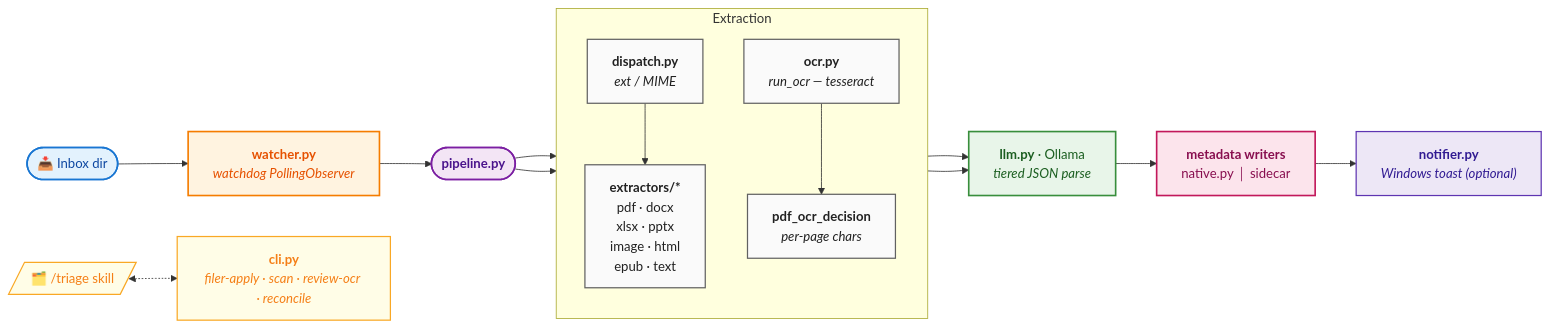
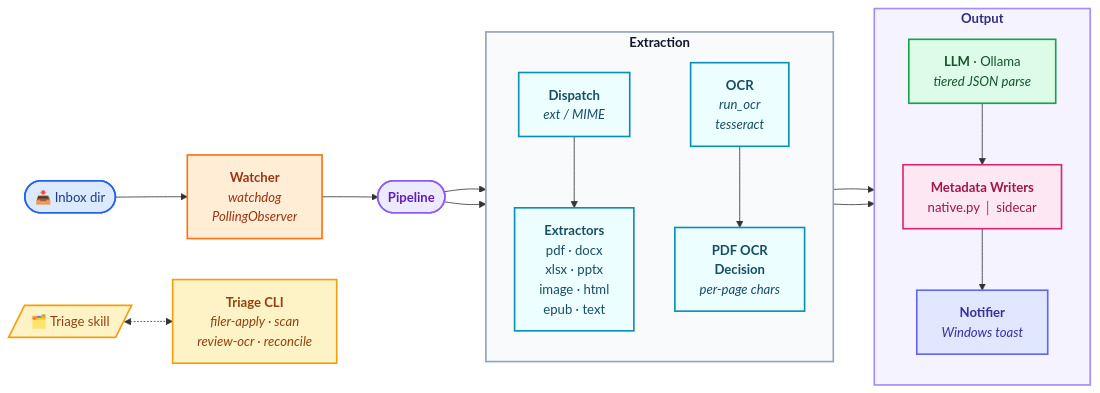
The diagram in architecture.md (talraveh1/automafile), drawn with Mermaid before and after one commit. The commit also changed other lines of this file and 10 other files, not shown here.

````diff
--- a/architecture.md
+++ b/architecture.md
@@ -3,36 +3,42 @@
 ```mermaid
 flowchart LR
-    inbox(["📥 Inbox dir"]):::source
-    watcher["<b>watcher.py</b><br/><i>watchdog PollingObserver</i>"]:::watch
-    pipeline(["<b>pipeline.py</b>"]):::core
+   inbox(["📥 Inbox dir"]):::source
+   watcher["<b>Watcher</b><br/><i>watchdog<br/>PollingObserver</i>"]:::watch
+   pipeline(["<b>Pipeline</b>"]):::core
 
-    subgraph extract ["Extraction"]
-        direction TB
-        dispatch["<b>dispatch.py</b><br/><i>ext / MIME</i>"]:::stage
-        extractors["<b>extractors/*</b><br/>pdf · docx<br/>xlsx · pptx<br/>image · html<br/>epub · text"]:::stage
-        ocr["<b>ocr.py</b><br/><i>run_ocr — tesseract</i>"]:::stage
-        ocr_decision["<b>pdf_ocr_decision</b><br/><i>per-page chars</i>"]:::stage
-    end
+   subgraph extract ["<b>Extraction</b>"]
+      direction TB
+      dispatch["<b>Dispatch</b><br/><i>ext / MIME</i>"]:::stage
+      extractors["<b>Extractors</b><br/>pdf · docx<br/>xlsx · pptx<br/>image · html<br/>epub · text"]:::stage
+      ocr["<b>OCR</b><br/><i>run_ocr<br/>tesseract</i>"]:::stage
+      ocr_decision["<b>PDF OCR<br/>Decision</b><br/><i>per-page chars</i>"]:::stage
+   end
 
-    llm["<b>llm.py</b> · Ollama<br/><i>tiered JSON parse</i>"]:::ai
-    writers["<b>metadata writers</b><br/>native.py │ sidecar"]:::write
-    notifier["<b>notifier.py</b><br/><i>Windows toast (optional)</i>"]:::notify
+   subgraph output ["<b>Output</b>"]
+      direction TB
+      llm["<b>LLM</b> · Ollama<br/><i>tiered JSON parse</i>"]:::ai
+      writers["<b>Metadata Writers</b><br/>native.py │ sidecar"]:::write
+      notifier["<b>Notifier</b><br/><i>Windows toast</i>"]:::notify
+      writers --> notifier
+   end
 
-    cli["<b>cli.py</b><br/><i>filer-apply · scan · review-ocr · reconcile</i>"]:::tool
-    triage[/"🗂️ /triage skill"/]:::tool
+   cli["<b>Triage CLI</b><br/><i>filer-apply · scan<br/>review-ocr · reconcile</i>"]:::tool
+   triage[/"🗂️ Triage skill"/]:::tool
 
-    inbox --> watcher --> pipeline
-    pipeline --> dispatch --> extractors --> llm
-    pipeline --> ocr --> ocr_decision --> llm
-    llm --> writers --> notifier
-    triage <-.-> cli
+   inbox --> watcher --> pipeline
+   pipeline --> dispatch --> extractors --> output
+   pipeline --> ocr --> ocr_decision --> output
+   llm --> writers
+   triage <-.-> cli
+   style extract fill:#f8fafc,stroke:#94a3b8,stroke-width:2px,color:#0f172a
+   style output fill:#f5f3ff,stroke:#a78bfa,stroke-width:2px,color:#312e81
 
-    classDef source fill:#e3f2fd,stroke:#1976d2,stroke-width:2px,color:#0d47a1
-    classDef watch  fill:#fff3e0,stroke:#f57c00,stroke-width:2px,color:#e65100
-    classDef core   fill:#f3e5f5,stroke:#7b1fa2,stroke-width:2px,color:#4a148c
-    classDef stage  fill:#fafafa,stroke:#616161,stroke-width:1.5px,color:#212121
-    classDef ai     fill:#e8f5e9,stroke:#388e3c,stroke-width:2px,color:#1b5e20
-    classDef write  fill:#fce4ec,stroke:#c2185b,stroke-width:2px,color:#880e4f
-    classDef notify fill:#ede7f6,stroke:#5e35b1,stroke-width:1.5px,color:#311b92
-    classDef tool   fill:#fffde7,stroke:#f9a825,stroke-width:1.5px,color:#f57f17
+   classDef source fill:#dbeafe,stroke:#2563eb,stroke-width:2px,color:#1e3a8a
+   classDef watch  fill:#ffedd5,stroke:#f97316,stroke-width:2px,color:#9a3412
+   classDef core   fill:#ede9fe,stroke:#8b5cf6,stroke-width:2px,color:#5b21b6
+   classDef stage  fill:#ecfeff,stroke:#0891b2,stroke-width:2px,color:#164e63
+   classDef ai     fill:#dcfce7,stroke:#16a34a,stroke-width:2px,color:#14532d
+   classDef write  fill:#fce7f3,stroke:#db2777,stroke-width:2px,color:#9d174d
+   classDef notify fill:#e0e7ff,stroke:#6366f1,stroke-width:2px,color:#3730a3
+   classDef tool   fill:#fef3c7,stroke:#f59e0b,stroke-width:2px,color:#92400e
 ```
````
